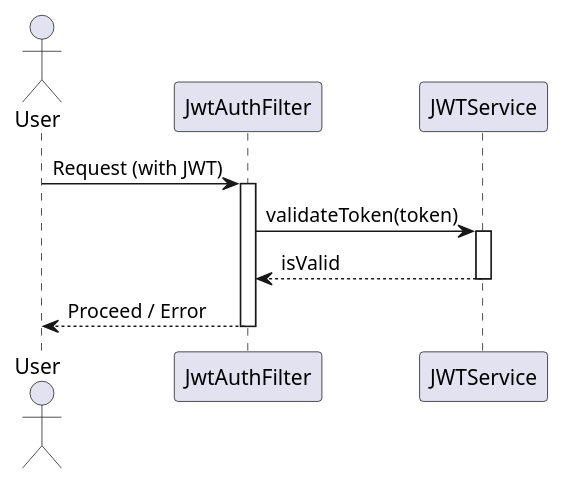
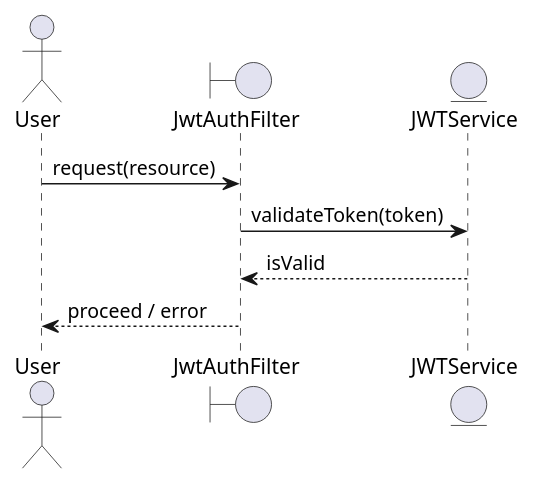
One commit to Dinesh-s95/AutoDoc.ai changed the third of 4 diagrams in identityprovider/documentation/detaileddesign.adoc. Above: the diagram before and after it, drawn with PlantUML. The commit also changed other lines of this file and 18 other files, not shown here.

```diff
--- a/identityprovider/documentation/detaileddesign.adoc
+++ b/identityprovider/documentation/detaileddesign.adoc
@@ -258,20 +183,13 @@
-[plantuml, jwt-validation-flow, png]
+[plantuml, jwt-validation-sequence, png]
 ----
 @startuml
 actor User
-participant JwtAuthFilter
-participant JWTService
+boundary JwtAuthFilter
+entity JWTService
 
-User -> JwtAuthFilter : Request (with JWT)
-activate JwtAuthFilter
-
+User -> JwtAuthFilter : request(resource)
 JwtAuthFilter -> JWTService : validateToken(token)
-activate JWTService
-
 JWTService --> JwtAuthFilter : isValid
-deactivate JWTService
-
-JwtAuthFilter --> User : Proceed / Error
-deactivate JwtAuthFilter
+JwtAuthFilter --> User : proceed / error
 @enduml
 ----
```
